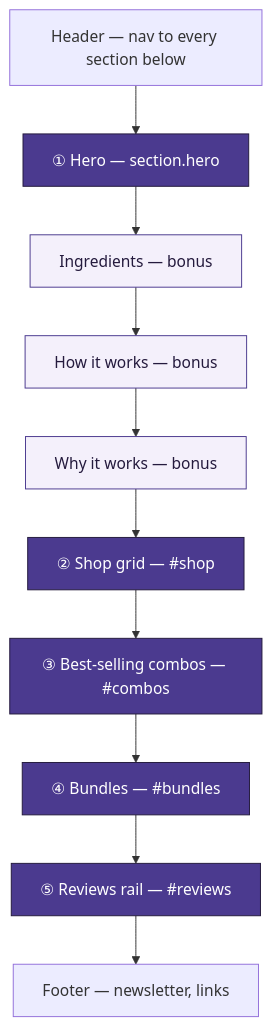
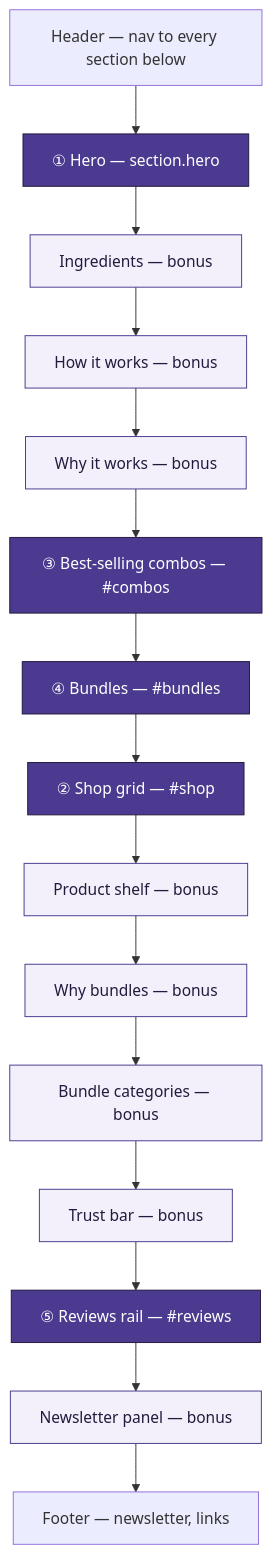
Before and after one commit to cnniranjan72/purelane: the first of 2 diagrams in README.md, drawn with Mermaid. The commit also changed other lines of this file and 4 other files, not shown here.

````diff
--- a/README.md
+++ b/README.md
@@ -18,20 +18,25 @@
 ```mermaid
 flowchart TD
     Header["Header — nav to every section below"]
     Hero["① Hero — section.hero"]
     Ing["Ingredients — bonus"]
     How["How it works — bonus"]
     Why["Why it works — bonus"]
-    Shop["② Shop grid — #shop"]
     Combos["③ Best-selling combos — #combos"]
     Bundles["④ Bundles — #bundles"]
+    Shop["② Shop grid — #shop"]
+    Shelf["Product shelf — bonus"]
+    WhyB["Why bundles — bonus"]
+    Cats["Bundle categories — bonus"]
+    Trust["Trust bar — bonus"]
     Reviews["⑤ Reviews rail — #reviews"]
+    News["Newsletter panel — bonus"]
     Footer["Footer — newsletter, links"]
 
-    Header --> Hero --> Ing --> How --> Why --> Shop --> Combos --> Bundles --> Reviews --> Footer
+    Header --> Hero --> Ing --> How --> Why --> Combos --> Bundles --> Shop --> Shelf --> WhyB --> Cats --> Trust --> Reviews --> News --> Footer
 
     classDef required fill:#4B3A8F,color:#fff,stroke:#241A3D
     classDef bonus fill:#F4F0FB,color:#241A3D,stroke:#4B3A8F
     class Hero,Shop,Combos,Bundles,Reviews required
-    class Ing,How,Why bonus
+    class Ing,How,Why,Shelf,WhyB,Cats,Trust,News bonus
 ```
````
